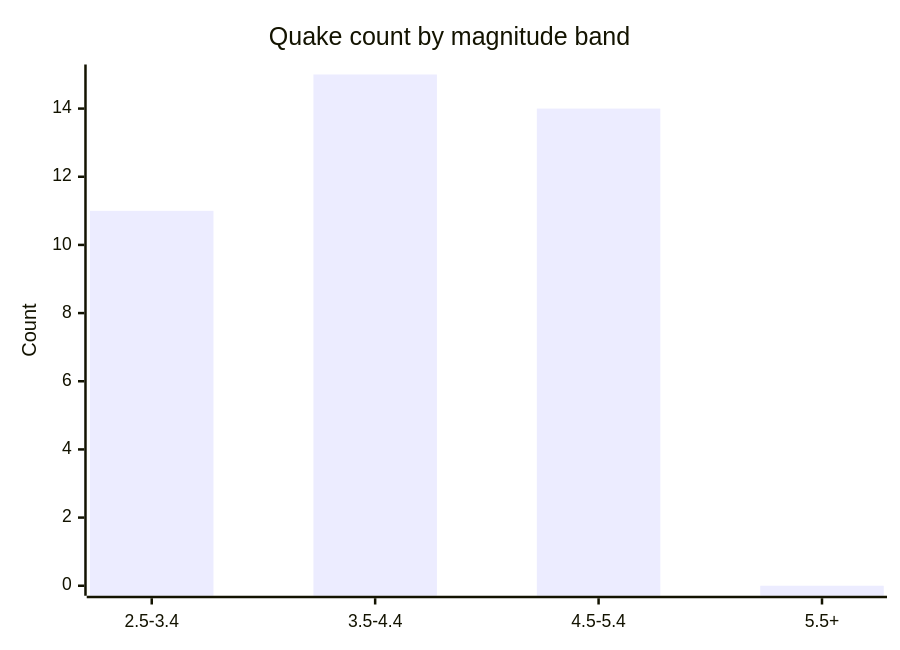
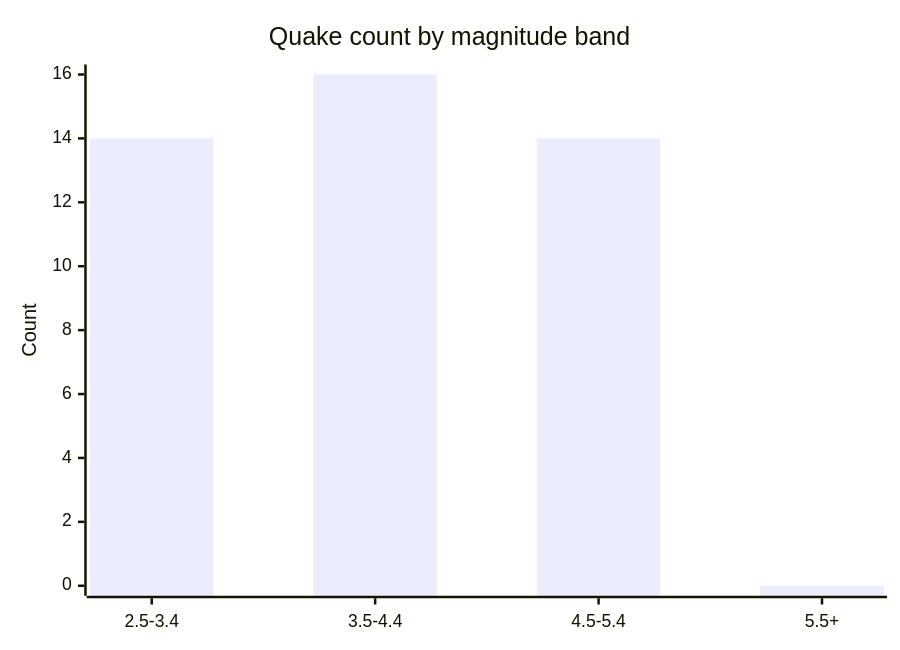
The fifth of 6 diagrams in docs/GRAPHS.md (Midwest-Stratospheric/aerostratospheric-defense-gir), drawn with Mermaid before and after one commit. The commit also changed other lines of this file and 24 other files, not shown here.

````diff
--- a/docs/GRAPHS.md
+++ b/docs/GRAPHS.md
@@ -82,7 +82,7 @@
 ```mermaid
 xychart-beta
   title "Quake count by magnitude band"
   x-axis ["2.5-3.4", "3.5-4.4", "4.5-5.4", "5.5+"]
-  y-axis "Count" 0 --> 15
-  bar [11, 15, 14, 0]
+  y-axis "Count" 0 --> 16
+  bar [14, 16, 14, 0]
 ```
````
